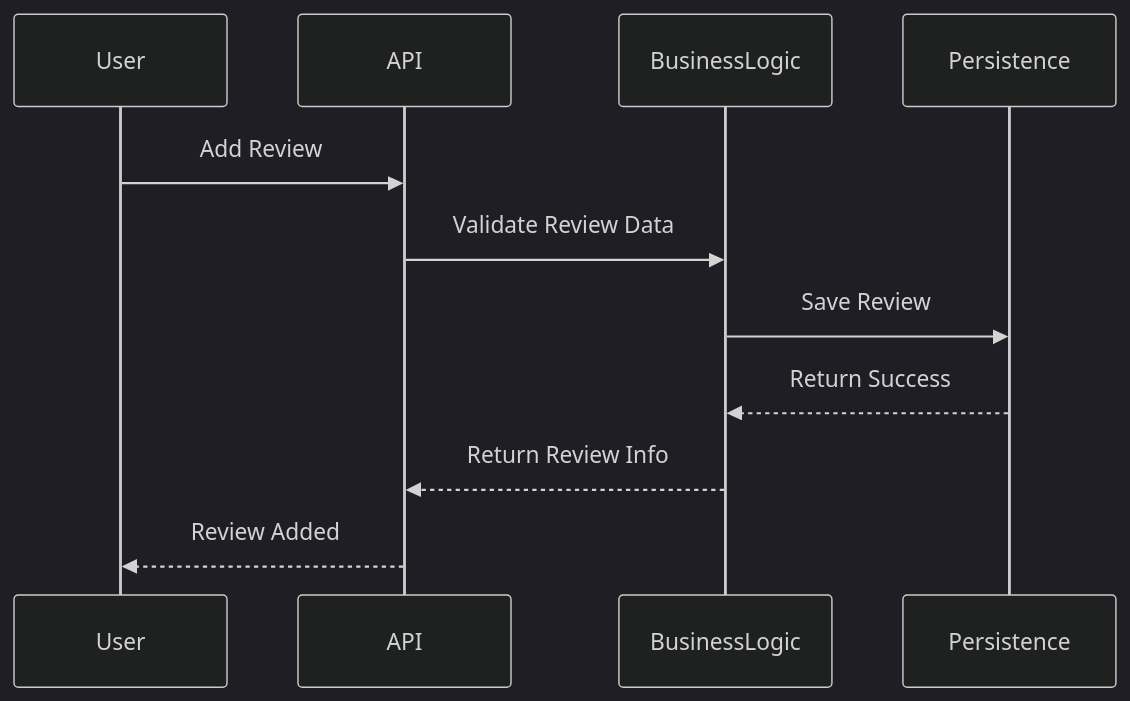
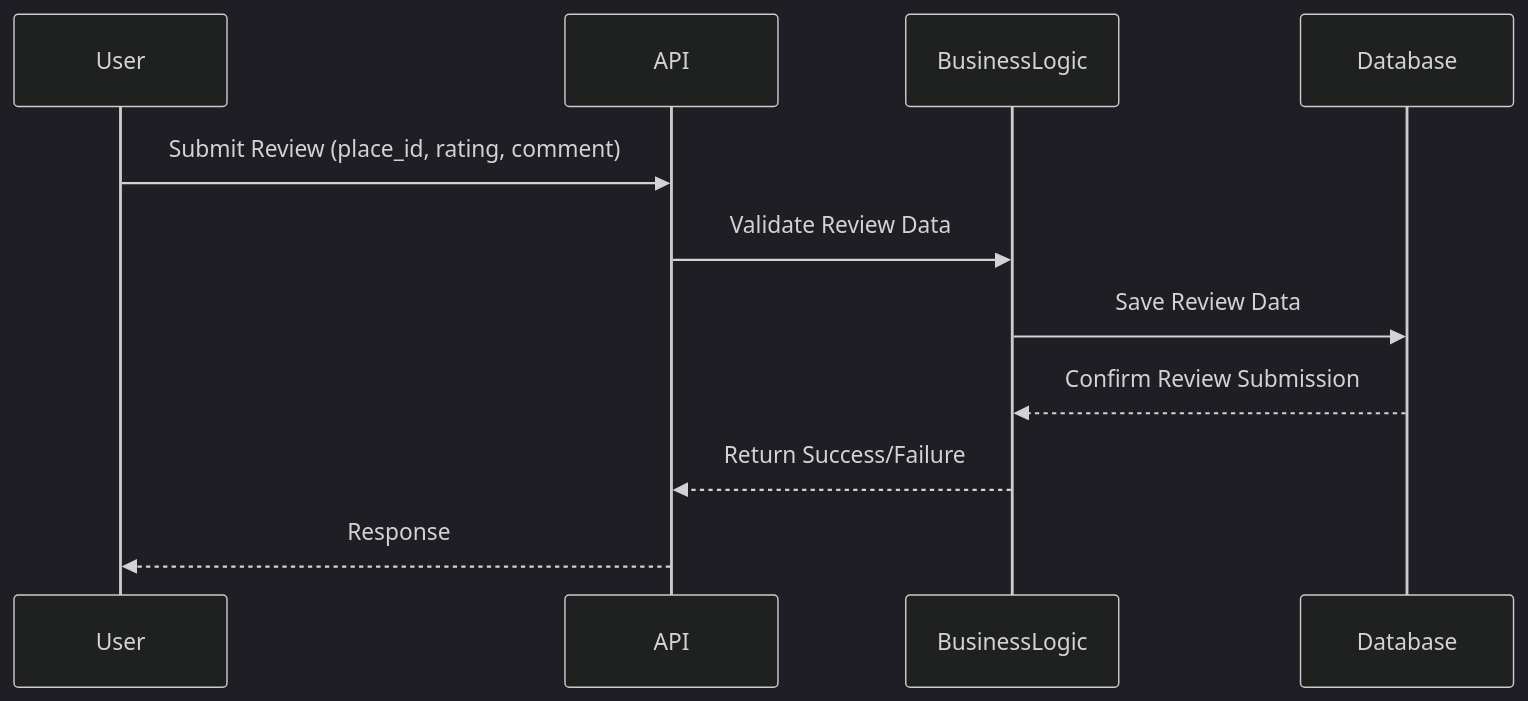
The fifth of 6 diagrams in Part1_UML/README.md (SDINAHET/HBnB), drawn with Mermaid (dark theme) before and after one commit. The commit also changed other lines of this file and 1 other file, not shown here.

````diff
--- a/Part1_UML/README.md
+++ b/Part1_UML/README.md
@@ -135,14 +170,14 @@
 ```mermaid
 sequenceDiagram
-	participant User
-	participant API
-	participant BusinessLogic
-	participant Persistence
+participant User
+participant API
+participant BusinessLogic
+participant Database
 
-	User->>API: Add Review
-	API->>BusinessLogic: Validate Review Data
-	BusinessLogic->>Persistence: Save Review
-	Persistence-->>BusinessLogic: Return Success
-	BusinessLogic-->>API: Return Review Info
-	API-->>User: Review Added
+User->>API: Submit Review (place_id, rating, comment)
+API->>BusinessLogic: Validate Review Data
+BusinessLogic->>Database: Save Review Data
+Database-->>BusinessLogic: Confirm Review Submission
+BusinessLogic-->>API: Return Success/Failure
+API-->>User: Response
 ```
````
